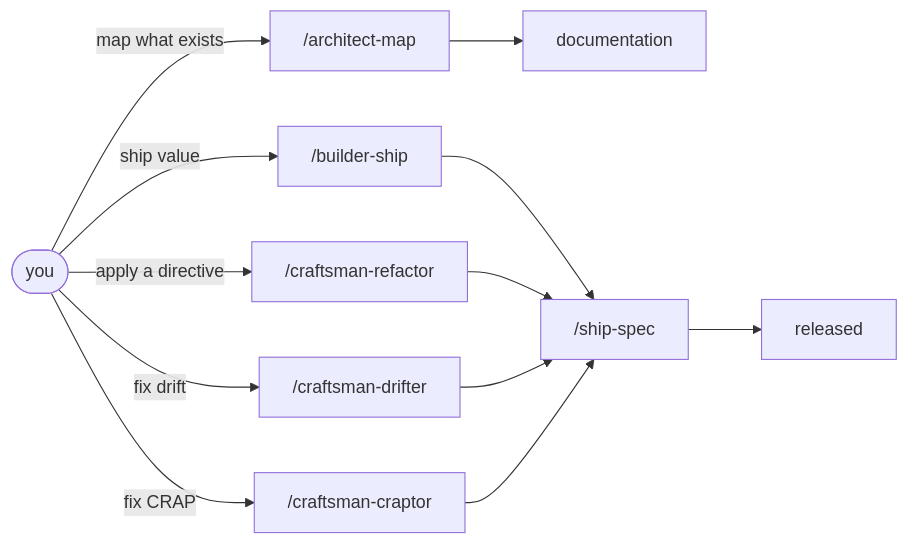
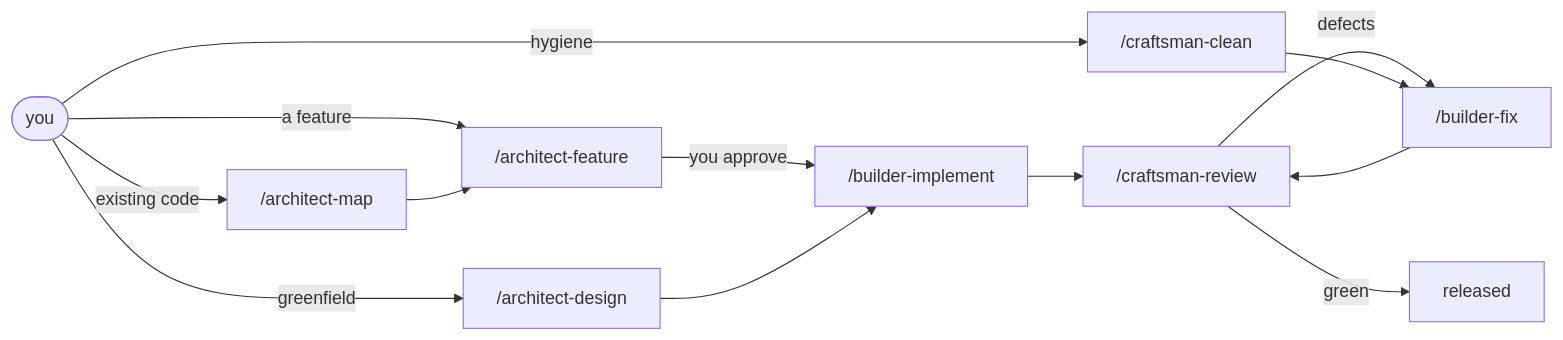
One commit to AIDDbot/AIDDbot changed the first of 4 diagrams in docs/AIDD.workflow.md. Above: the diagram before and after it, drawn with Mermaid. The commit also changed other lines of this file and 4 other files, not shown here.

````diff
--- a/docs/AIDD.workflow.md
+++ b/docs/AIDD.workflow.md
@@ -29,15 +31,16 @@
 ```mermaid
 flowchart LR
   YOU([you])
-  YOU -->|map what exists| ARC["/architect-map"]
-  YOU -->|ship value| BLD["/builder-ship"]
-  YOU -->|apply a directive| REF["/craftsman-refactor"]
-  YOU -->|fix drift| DFT["/craftsman-drifter"]
-  YOU -->|fix CRAP| CRP["/craftsman-craptor"]
-  ARC --> DOC[documentation]
-  BLD --> MACH["/ship-spec"]
-  REF --> MACH
-  DFT --> MACH
-  CRP --> MACH
-  MACH --> REL[released]
+  YOU -->|existing code| MAP["/architect-map"]
+  YOU -->|greenfield| DES["/architect-design"]
+  YOU -->|a feature| FEAT["/architect-feature"]
+  MAP --> FEAT
+  FEAT -->|you approve| IMP["/builder-implement"]
+  DES --> IMP
+  IMP --> REV["/craftsman-review"]
+  REV -->|defects| FIX["/builder-fix"]
+  FIX --> REV
+  REV -->|green| REL[released]
+  YOU -->|hygiene| CLEAN["/craftsman-clean"]
+  CLEAN --> FIX
 ```
````
